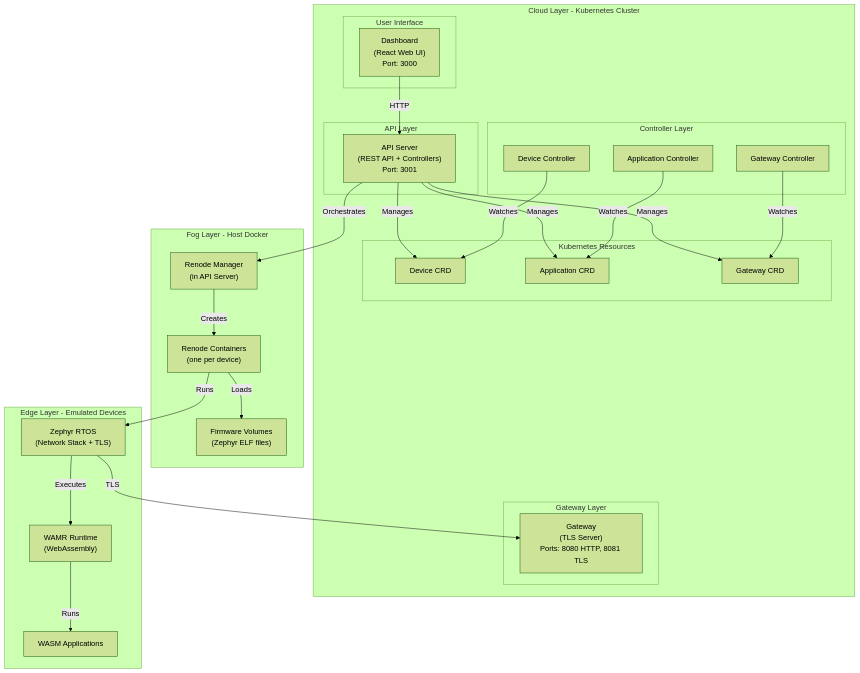
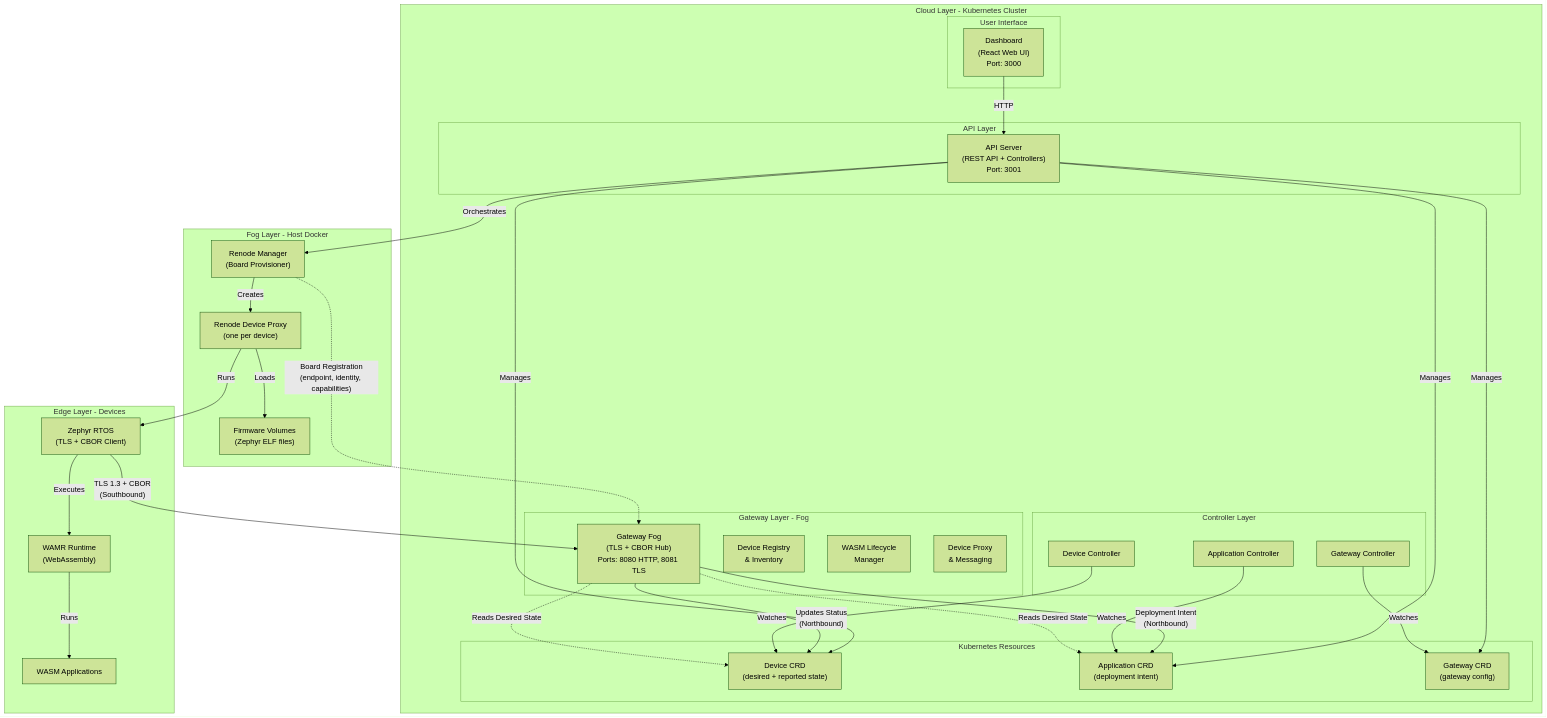
The first of 3 diagrams in README.md (lucadagati/retrospect), drawn with Mermaid (forest theme) before and after one commit. The commit also changed other lines of this file, not shown here.

First line of the commit message:
docs: Update README with Gateway-Centric Architecture and Implementation Roadmap

````diff
--- a/README.md
+++ b/README.md
@@ -38,55 +46,63 @@
 ```mermaid
 graph TB
     subgraph "Cloud Layer - Kubernetes Cluster"
         subgraph "User Interface"
             Dashboard["Dashboard<br/>(React Web UI)<br/>Port: 3000"]
         end
         
         subgraph "API Layer"
             APIServer["API Server<br/>(REST API + Controllers)<br/>Port: 3001"]
         end
         
-        subgraph "Gateway Layer"
-            Gateway["Gateway<br/>(TLS Server)<br/>Ports: 8080 HTTP, 8081 TLS"]
+        subgraph "Gateway Layer - Fog"
+            Gateway["Gateway Fog<br/>(TLS + CBOR Hub)<br/>Ports: 8080 HTTP, 8081 TLS"]
+            GWReg["Device Registry<br/>& Inventory"]
+            GWLife["WASM Lifecycle<br/>Manager"]
+            GWProxy["Device Proxy<br/>& Messaging"]
         end
         
         subgraph "Controller Layer"
             DeviceCtrl["Device Controller"]
             AppCtrl["Application Controller"]
             GatewayCtrl["Gateway Controller"]
         end
         
         subgraph "Kubernetes Resources"
-            DeviceCRD["Device CRD"]
-            AppCRD["Application CRD"]
-            GatewayCRD["Gateway CRD"]
+            DeviceCRD["Device CRD<br/>(desired + reported state)"]
+            AppCRD["Application CRD<br/>(deployment intent)"]
+            GatewayCRD["Gateway CRD<br/>(gateway config)"]
         end
     end
     
     subgraph "Fog Layer - Host Docker"
-        RenodeMgr["Renode Manager<br/>(in API Server)"]
-        RenodeCont["Renode Containers<br/>(one per device)"]
+        RenodeMgr["Renode Manager<br/>(Board Provisioner)"]
+        RenodeCont["Renode Device Proxy<br/>(one per device)"]
         FirmwareVol["Firmware Volumes<br/>(Zephyr ELF files)"]
     end
     
-    subgraph "Edge Layer - Emulated Devices"
-        Zephyr["Zephyr RTOS<br/>(Network Stack + TLS)"]
+    subgraph "Edge Layer - Devices"
+        Zephyr["Zephyr RTOS<br/>(TLS + CBOR Client)"]
         WAMR["WAMR Runtime<br/>(WebAssembly)"]
         WASMApp["WASM Applications"]
     end
     
     Dashboard -->|HTTP| APIServer
     APIServer -->|Manages| DeviceCRD
     APIServer -->|Manages| AppCRD
     APIServer -->|Manages| GatewayCRD
     APIServer -->|Orchestrates| RenodeMgr
     RenodeMgr -->|Creates| RenodeCont
+    RenodeMgr -.->|"Board Registration<br/>(endpoint, identity, capabilities)"| Gateway
     RenodeCont -->|Loads| FirmwareVol
     RenodeCont -->|Runs| Zephyr
     Zephyr -->|Executes| WAMR
     WAMR -->|Runs| WASMApp
-    Zephyr -->|TLS| Gateway
+    Zephyr -->|"TLS 1.3 + CBOR<br/>(Southbound)"| Gateway
+    Gateway -->|"Updates Status<br/>(Northbound)"| DeviceCRD
+    Gateway -->|"Deployment Intent<br/>(Northbound)"| AppCRD
     DeviceCtrl -->|Watches| DeviceCRD
     AppCtrl -->|Watches| AppCRD
     GatewayCtrl -->|Watches| GatewayCRD
+    Gateway -.->|"Reads Desired State"| AppCRD
+    Gateway -.->|"Reads Desired State"| DeviceCRD
 ```
````
